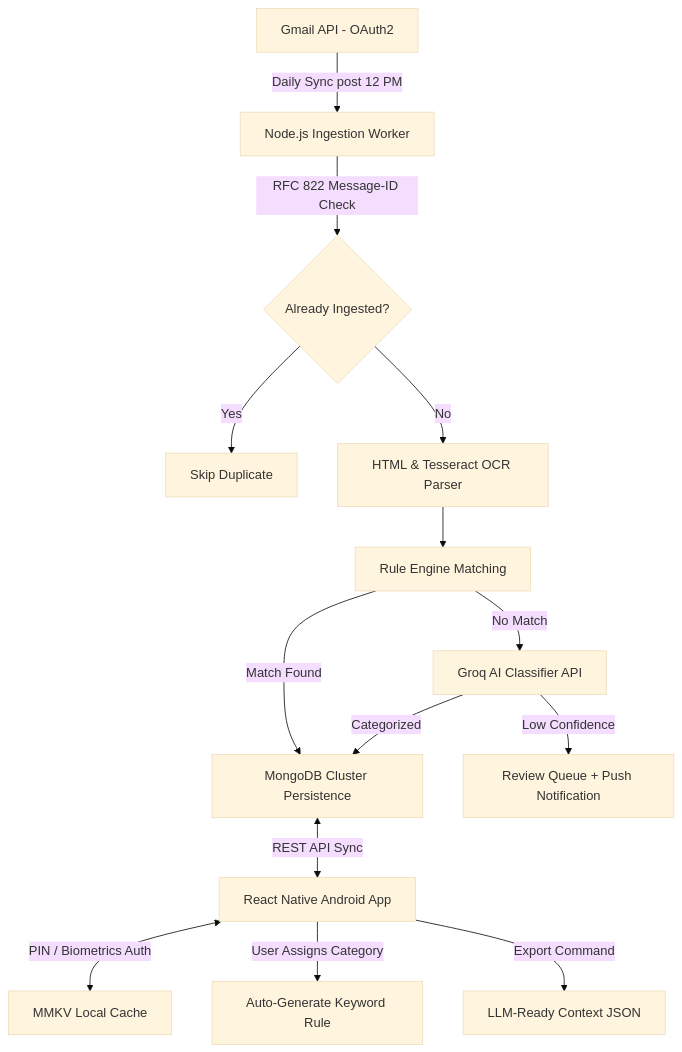
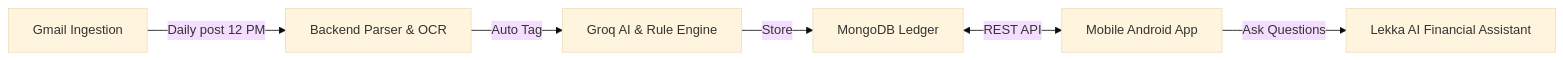
One commit to SuryaJanardhan/Lekka changed the diagram in README.md. Above: the diagram before and after it, drawn with Mermaid (base theme). The commit also changed other lines of this file and 11 other files, not shown here.

Commit message:
feat: real live backend integration, working Groq AI qwen model, native Capacitor biometrics, and push notifications

````diff
--- a/README.md
+++ b/README.md
@@ -9,16 +5,8 @@
 ```mermaid
-graph TD
-    A["Gmail API - OAuth2"] -->|"Daily Sync post 12 PM"| B["Node.js Ingestion Worker"]
-    B -->|"RFC 822 Message-ID Check"| C{"Already Ingested?"}
-    C -->|"Yes"| D["Skip Duplicate"]
-    C -->|"No"| E["HTML & Tesseract OCR Parser"]
-    E --> F["Rule Engine Matching"]
-    F -->|"Match Found"| G["MongoDB Cluster Persistence"]
-    F -->|"No Match"| H["Groq AI Classifier API"]
-    H -->|"Categorized"| G
-    H -->|"Low Confidence"| I["Review Queue + Push Notification"]
-    G <-->|"REST API Sync"| J["React Native Android App"]
-    J <-->|"PIN / Biometrics Auth"| K["MMKV Local Cache"]
-    J -->|"User Assigns Category"| L["Auto-Generate Keyword Rule"]
-    J -->|"Export Command"| M["LLM-Ready Context JSON"]
+graph LR
+    A["Gmail Ingestion"] -->|"Daily post 12 PM"| B["Backend Parser & OCR"]
+    B -->|"Auto Tag"| C["Groq AI & Rule Engine"]
+    C -->|"Store"| D["MongoDB Ledger"]
+    D <-->|"REST API"| E["Mobile Android App"]
+    E -->|"Ask Questions"| F["Lekka AI Financial Assistant"]
 ```
````
